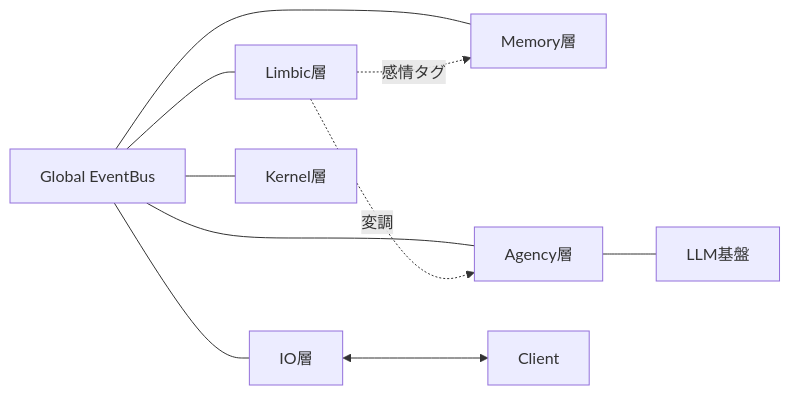
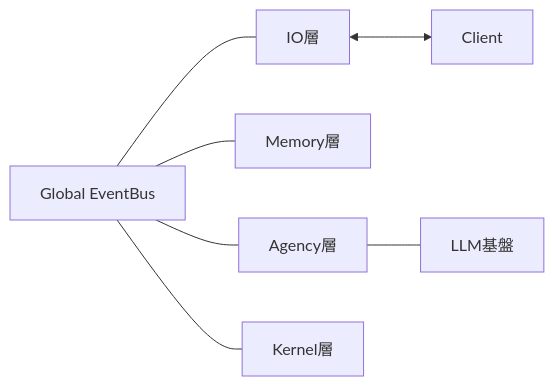
The diagram in docs/how-it-works.md (ibukani/iris-mind), drawn with Mermaid before and after one commit. The commit also changed other lines of this file and 359 other files, not shown here.

````diff
--- a/docs/how-it-works.md
+++ b/docs/how-it-works.md
@@ -6,12 +6,9 @@
 ```mermaid
 flowchart LR
     EB["Global EventBus"] --- IO["IO層"]
-    EB --- LIM["Limbic層"]
     EB --- MEM["Memory層"]
     EB --- AG["Agency層"]
     EB --- KRN["Kernel層"]
     IO <--> CLI["Client"]
     AG --- LLM["LLM基盤"]
-    LIM -.->|変調| AG
-    LIM -.->|感情タグ| MEM
 ```
````
